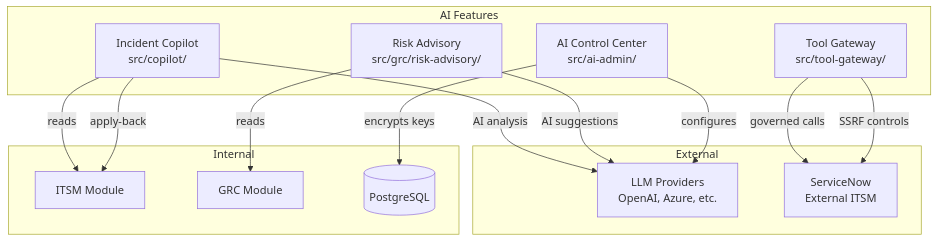
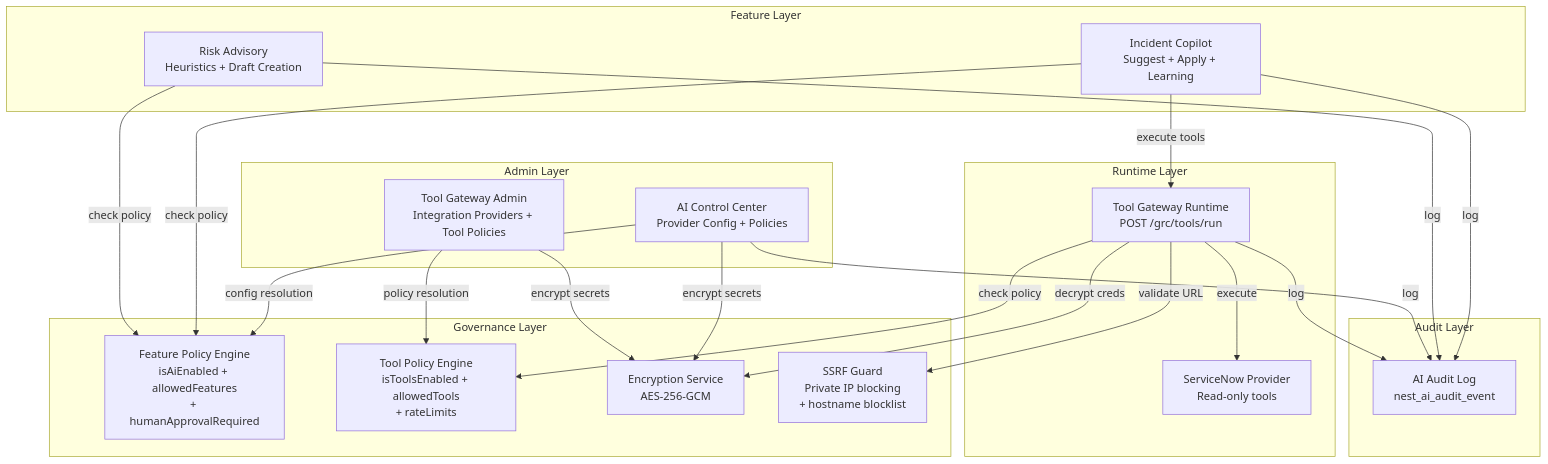
Before and after one commit to Gokhanagingil/grc: the first of 3 diagrams in docs/suite/06_AI_FEATURES.md, drawn with Mermaid. The commit also changed other lines of this file, not shown here.

Commit message:
docs: write comprehensive 06_AI_FEATURES.md with governance, security, and operator guides

````diff
--- a/docs/suite/06_AI_FEATURES.md
+++ b/docs/suite/06_AI_FEATURES.md
@@ -42,27 +66,46 @@
 ```mermaid
 graph TD
-    subgraph "AI Features"
-        COP[Incident Copilot<br/>src/copilot/]
-        RA[Risk Advisory<br/>src/grc/risk-advisory/]
-        ACC[AI Control Center<br/>src/ai-admin/]
-        TG[Tool Gateway<br/>src/tool-gateway/]
+    subgraph "Admin Layer"
+        ACC[AI Control Center<br/>Provider Config + Policies]
+        TGAdmin[Tool Gateway Admin<br/>Integration Providers + Tool Policies]
     end
-    subgraph "External"
-        LLM[LLM Providers<br/>OpenAI, Azure, etc.]
-        SN[ServiceNow<br/>External ITSM]
+
+    subgraph "Governance Layer"
+        FP[Feature Policy Engine<br/>isAiEnabled + allowedFeatures<br/>+ humanApprovalRequired]
+        TP[Tool Policy Engine<br/>isToolsEnabled + allowedTools<br/>+ rateLimits]
+        ENC[Encryption Service<br/>AES-256-GCM]
+        SSRF[SSRF Guard<br/>Private IP blocking<br/>+ hostname blocklist]
     end
-    subgraph "Internal"
-        ITSM[ITSM Module]
-        GRC[GRC Module]
-        DB[(PostgreSQL)]
+
+    subgraph "Feature Layer"
+        COP[Incident Copilot<br/>Suggest + Apply + Learning]
+        RA[Risk Advisory<br/>Heuristics + Draft Creation]
     end
-    COP -->|AI analysis| LLM
-    COP -->|reads| ITSM
-    COP -->|apply-back| ITSM
-    RA -->|AI suggestions| LLM
-    RA -->|reads| GRC
-    ACC -->|configures| LLM
-    ACC -->|encrypts keys| DB
-    TG -->|governed calls| SN
-    TG -->|SSRF controls| SN
+
+    subgraph "Runtime Layer"
+        TGR[Tool Gateway Runtime<br/>POST /grc/tools/run]
+        SN[ServiceNow Provider<br/>Read-only tools]
+    end
+
+    subgraph "Audit Layer"
+        AL[AI Audit Log<br/>nest_ai_audit_event]
+    end
+
+    ACC -->|config resolution| FP
+    TGAdmin -->|policy resolution| TP
+    ACC -->|encrypt secrets| ENC
+    TGAdmin -->|encrypt secrets| ENC
+
+    COP -->|check policy| FP
+    RA -->|check policy| FP
+    COP -->|execute tools| TGR
+    TGR -->|check policy| TP
+    TGR -->|validate URL| SSRF
+    TGR -->|decrypt creds| ENC
+    TGR -->|execute| SN
+
+    COP -->|log| AL
+    RA -->|log| AL
+    TGR -->|log| AL
+    ACC -->|log| AL
 ```
````
